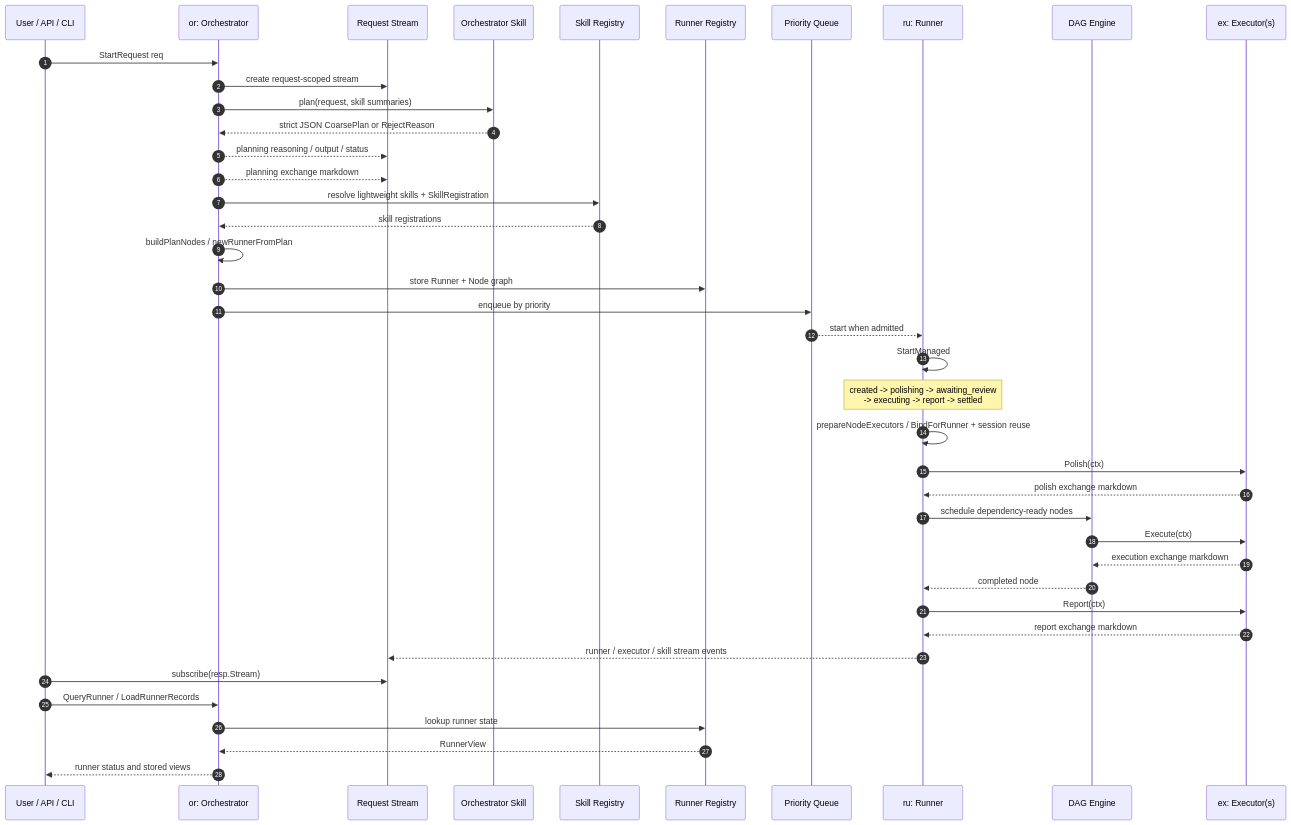
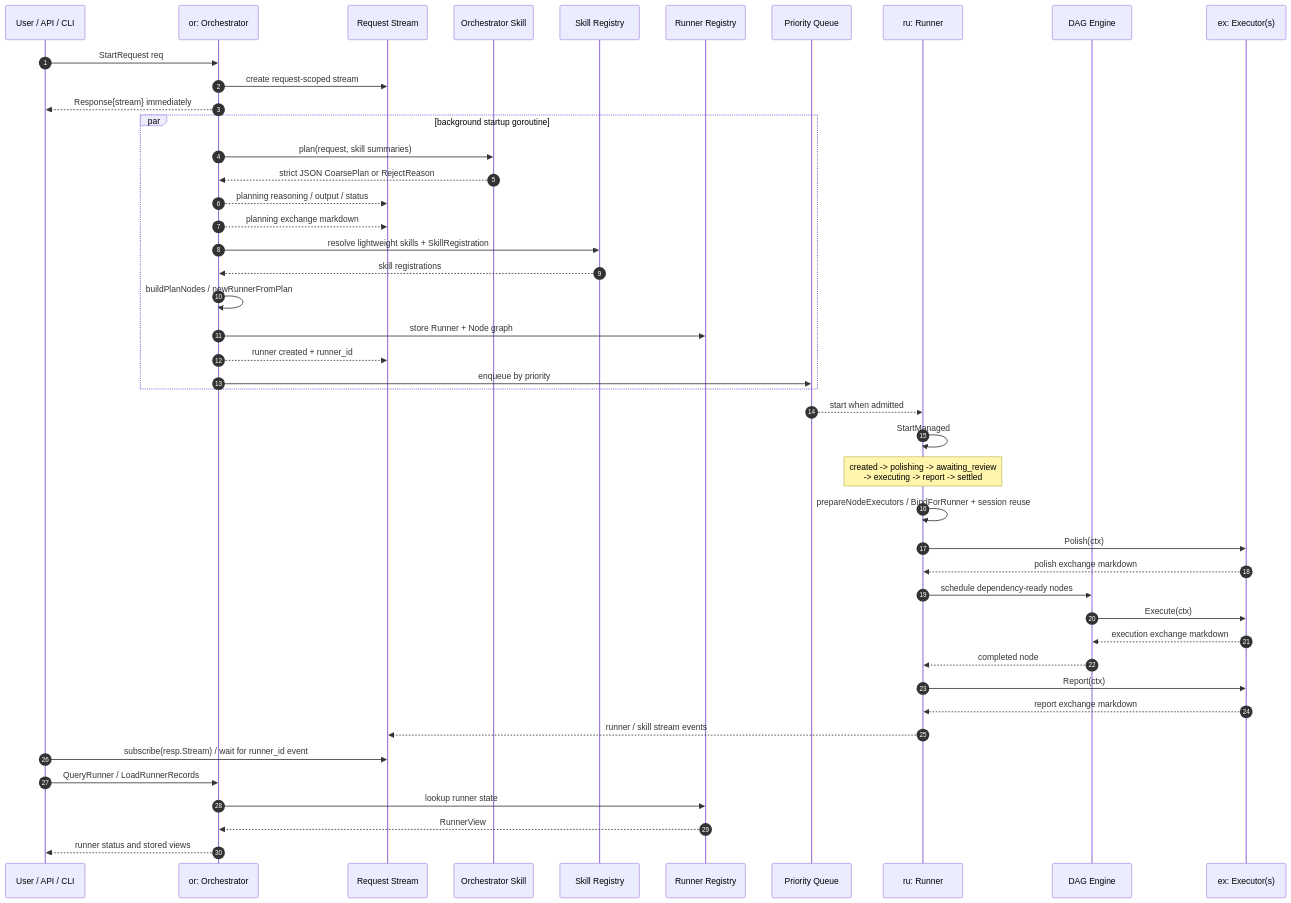
The first of 5 diagrams in architecture.md (TsumiNa/dango), drawn with Mermaid before and after one commit. The commit also changed other lines of this file and 41 other files, not shown here.

First line of the commit message:
Enhance stream event handling and renderer functionality

````diff
--- a/architecture.md
+++ b/architecture.md
@@ -14,44 +16,48 @@
 ```mermaid
 sequenceDiagram
     autonumber
     participant C as User / API / CLI
     participant O as or: Orchestrator
     participant S as Request Stream
     participant OS as Orchestrator Skill
     participant SR as Skill Registry
     participant RR as Runner Registry
     participant Q as Priority Queue
     participant R as ru: Runner
     participant D as DAG Engine
     participant E as ex: Executor(s)
 
     C->>O: StartRequest req
     O->>S: create request-scoped stream
+    O-->>C: Response{stream} immediately
+    par background startup goroutine
     O->>OS: plan(request, skill summaries)
     OS-->>O: strict JSON CoarsePlan or RejectReason
     O-->>S: planning reasoning / output / status
     O-->>S: planning exchange markdown
     O->>SR: resolve lightweight skills + SkillRegistration
     SR-->>O: skill registrations
     O->>O: buildPlanNodes / newRunnerFromPlan
     O->>RR: store Runner + Node graph
+    O-->>S: runner created + runner_id
     O->>Q: enqueue by priority
+    end
     Q-->>R: start when admitted
     R->>R: StartManaged
     Note over R: created -> polishing -> awaiting_review<br/>-> executing -> report -> settled
     R->>R: prepareNodeExecutors / BindForRunner + session reuse
     R->>E: Polish(ctx)
     E-->>R: polish exchange markdown
     R->>D: schedule dependency-ready nodes
     D->>E: Execute(ctx)
     E-->>D: execution exchange markdown
     D-->>R: completed node
     R->>E: Report(ctx)
     E-->>R: report exchange markdown
-    R-->>S: runner / executor / skill stream events
-    C->>S: subscribe(resp.Stream)
+    R-->>S: runner / skill stream events
+    C->>S: subscribe(resp.Stream) / wait for runner_id event
     C->>O: QueryRunner / LoadRunnerRecords
     O->>RR: lookup runner state
     RR-->>O: RunnerView
     O-->>C: runner status and stored views
 ```
````
